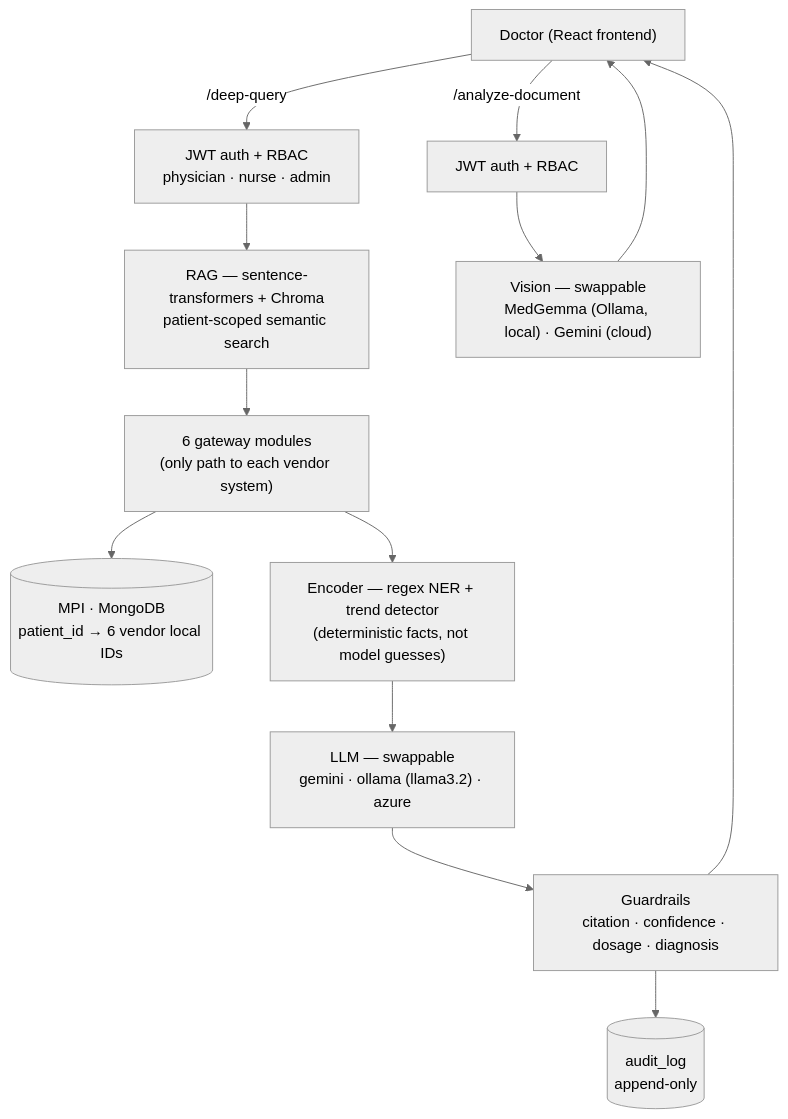
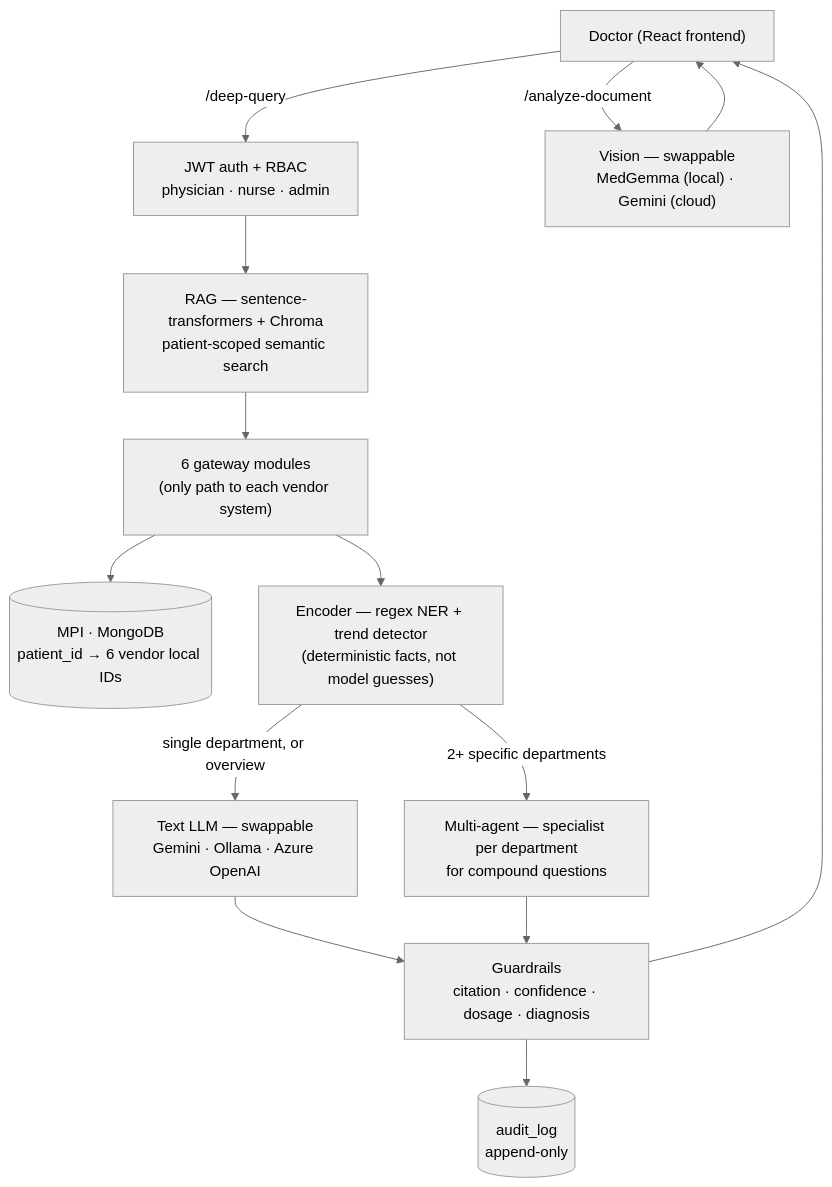
Before and after one commit to Madhan120-prog/integrated-patient-system: the second of 2 diagrams in README.md, drawn with Mermaid (neutral theme). The commit also changed other lines of this file and 6 other files, not shown here.

````diff
--- a/README.md
+++ b/README.md
@@ -9,19 +60,23 @@
 ```mermaid
 graph TB
     DOC["Doctor (React frontend)"]
-    AUTH["JWT auth + RBAC\nphysician · nurse · admin"]
-    RAG["RAG — sentence-transformers + Chroma\npatient-scoped semantic search"]
-    MPI[("MPI · MongoDB\npatient_id → 6 vendor local IDs")]
-    GW["6 gateway modules\n(only path to each vendor system)"]
-    ENC["Encoder — regex NER + trend detector\n(deterministic facts, not model guesses)"]
-    LLM["LLM — swappable\ngemini · ollama (llama3.2) · azure"]
-    VIS["Vision — swappable\nMedGemma (Ollama, local) · Gemini (cloud)"]
-    GRD["Guardrails\ncitation · confidence · dosage · diagnosis"]
-    AUD[("audit_log\nappend-only")]
+    AUTH["JWT auth + RBAC<br/>physician · nurse · admin"]
+    RAG["RAG — sentence-transformers + Chroma<br/>patient-scoped semantic search"]
+    MPI[("MPI · MongoDB<br/>patient_id → 6 vendor local IDs")]
+    GW["6 gateway modules<br/>(only path to each vendor system)"]
+    ENC["Encoder — regex NER + trend detector<br/>(deterministic facts, not model guesses)"]
+    LLM["Text LLM — swappable<br/>Gemini · Ollama · Azure OpenAI"]
+    MULTI["Multi-agent — specialist per department<br/>for compound questions"]
+    VIS["Vision — swappable<br/>MedGemma (local) · Gemini (cloud)"]
+    GRD["Guardrails<br/>citation · confidence · dosage · diagnosis"]
+    AUD[("audit_log<br/>append-only")]
 
     DOC -->|"/deep-query"| AUTH --> RAG --> GW
     GW --> MPI
-    GW --> ENC --> LLM --> GRD --> DOC
+    GW --> ENC
+    ENC -->|"single department, or overview"| LLM --> GRD
+    ENC -->|"2+ specific departments"| MULTI --> GRD
+    GRD --> DOC
     GRD --> AUD
-    DOC -->|"/analyze-document"| AUTH2["JWT auth + RBAC"] --> VIS --> DOC
+    DOC -->|"/analyze-document"| VIS --> DOC
 ```
````
